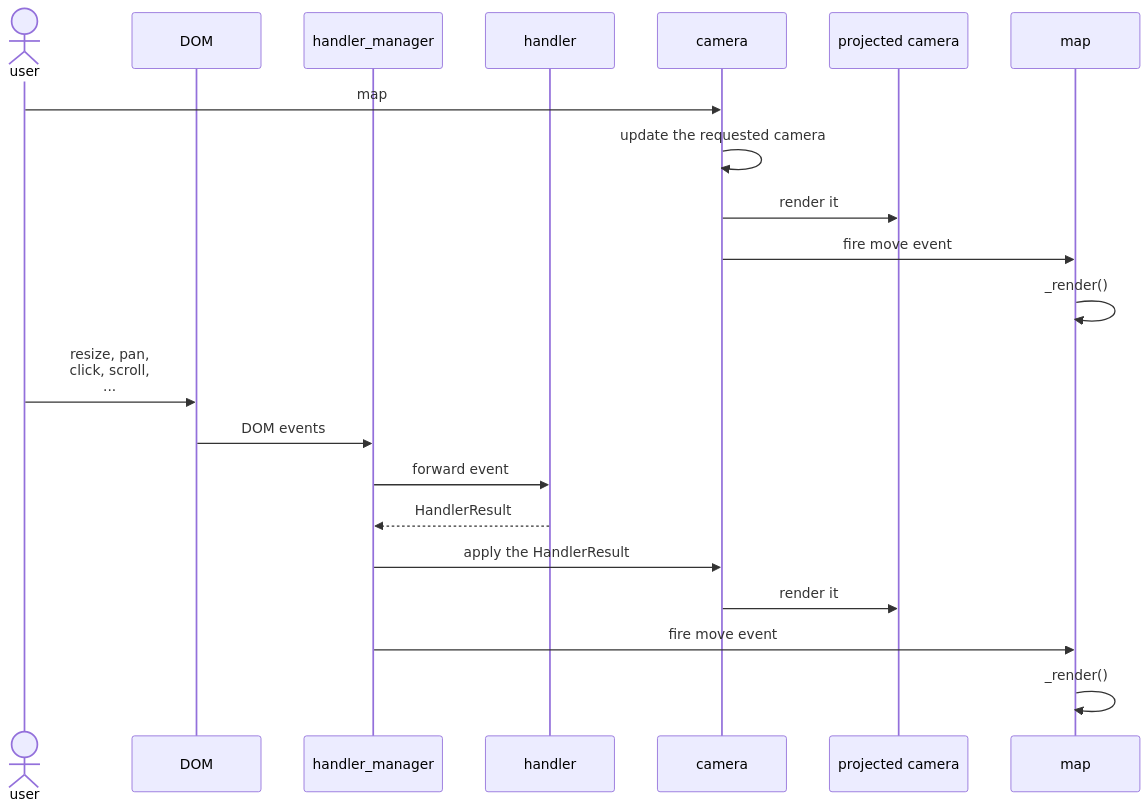
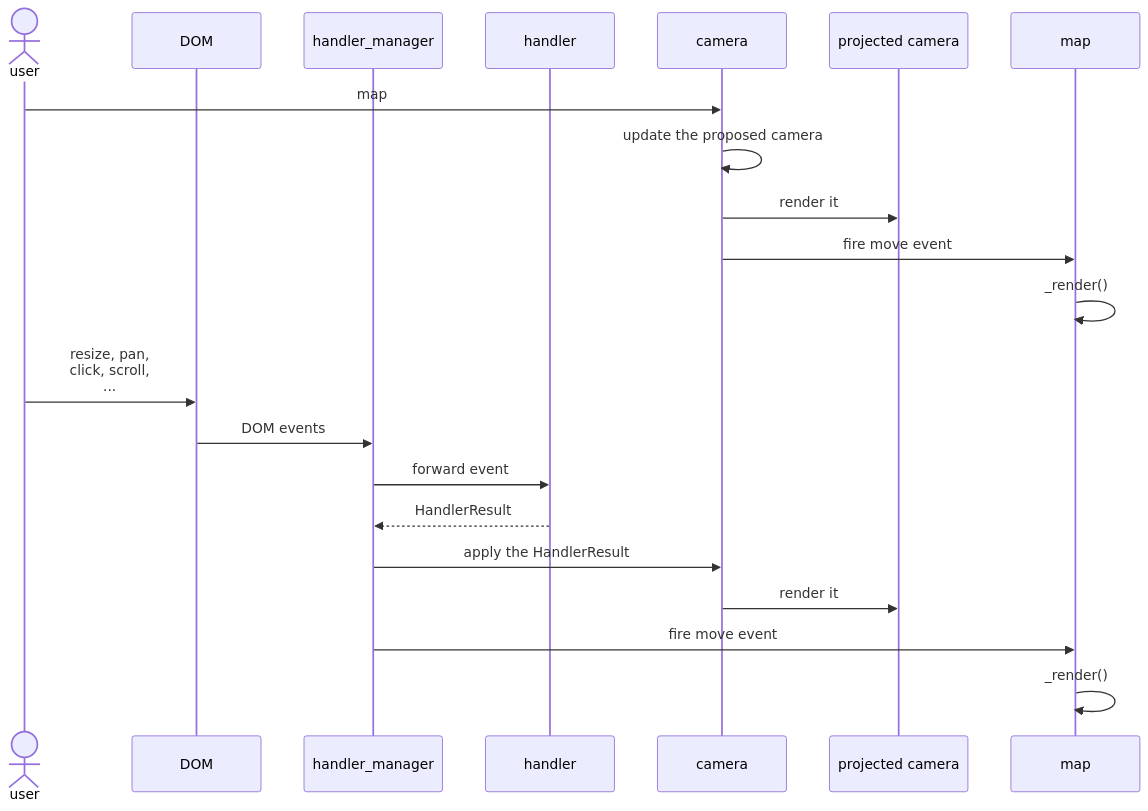
The first of 3 diagrams in developer-guides/life-of-a-tile.md (maplibre/maplibre-gl-js), drawn with Mermaid before and after one commit. The commit also changed other lines of this file and 33 other files, not shown here.

````diff
--- a/developer-guides/life-of-a-tile.md
+++ b/developer-guides/life-of-a-tile.md
@@ -13,25 +13,25 @@
 ```mermaid
 sequenceDiagram
     actor user
     participant DOM
     participant handler_manager
     participant handler
     participant camera
     participant projected_camera as projected camera
     participant map
 
     user->>camera: map#setCenter, map#panTo
-    camera->>camera: update the requested camera
+    camera->>camera: update the proposed camera
     camera->>projected_camera: render it
     camera->>map: fire move event
     map->>map: _render()
 
     user->>DOM: resize, pan,<br>click, scroll,<br>...
     DOM->>handler_manager: DOM events
     handler_manager->>handler: forward event
     handler-->>handler_manager: HandlerResult
     handler_manager->>camera: apply the HandlerResult
     camera->>projected_camera: render it
     handler_manager->>map: fire move event
     map->>map: _render()
 ```
````
